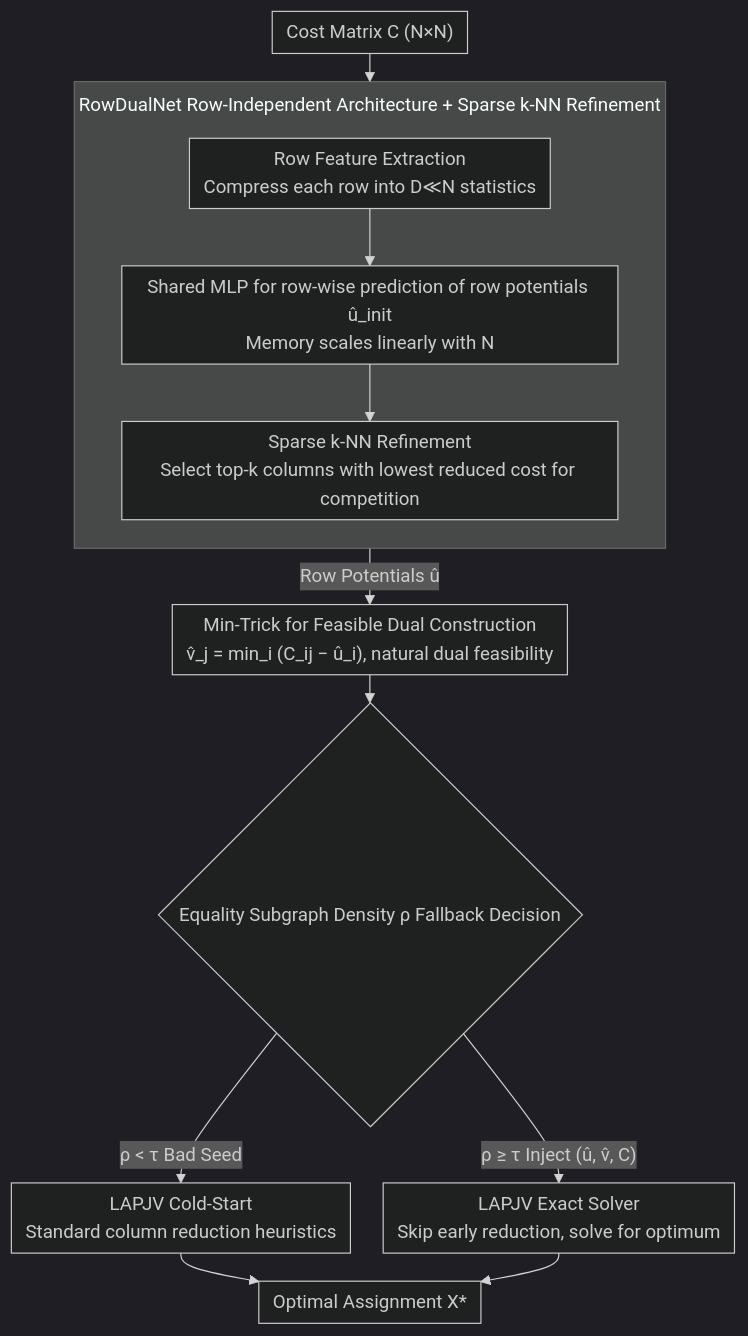
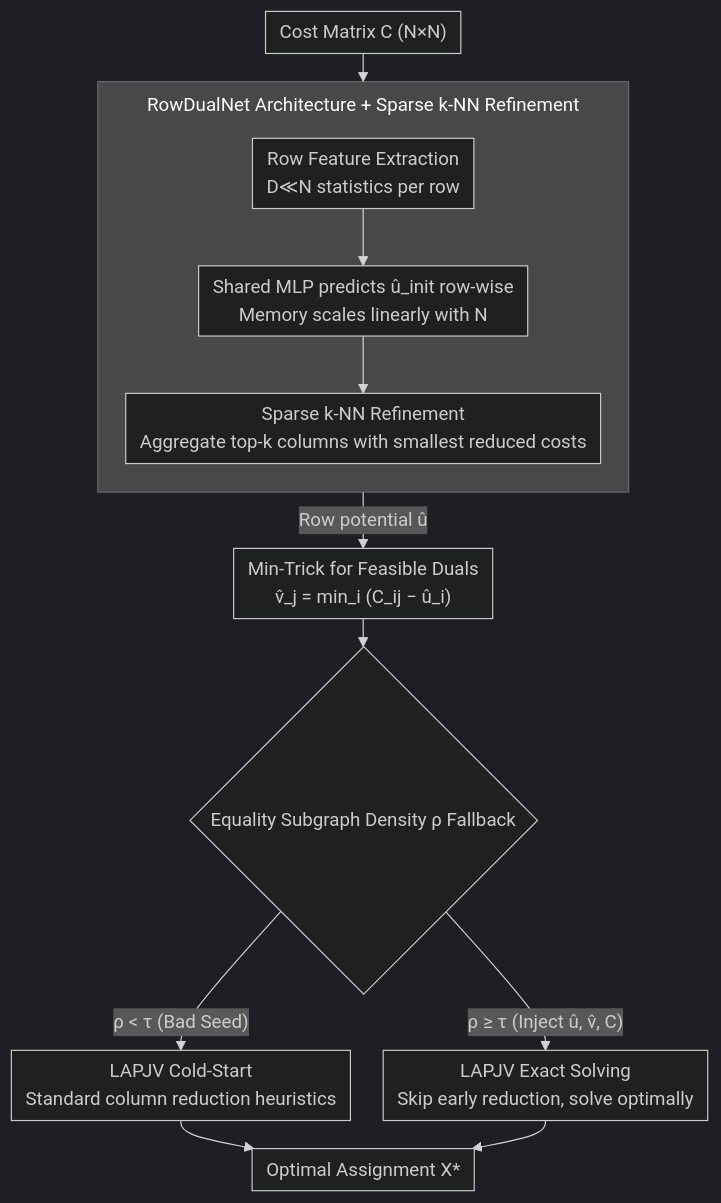
The diagram in docs/ICML2026/optimization/learning-augmented_scalable_linear_assignment_problem_optimization_via_neural_du.md (zhaoyang97/Paper-Notes-en), drawn with Mermaid (dark theme) before and after one commit. The commit also changed other lines of this file and 5084 other files, not shown here.

````diff
--- a/docs/ICML2026/optimization/learning-augmented_scalable_linear_assignment_problem_optimization_via_neural_du.md
+++ b/docs/ICML2026/optimization/learning-augmented_scalable_linear_assignment_problem_optimization_via_neural_du.md
@@ -43,16 +43,16 @@
 ```mermaid
 %%{init: {'flowchart': {'rankSpacing': 24, 'nodeSpacing': 28, 'padding': 6, 'wrappingWidth': 400, 'subGraphTitleMargin': {'top': 8, 'bottom': 16}}}}%%
 flowchart TD
     A["Cost Matrix C (N×N)"] --> S1
-    subgraph S1["RowDualNet Row-Independent Architecture + Sparse k-NN Refinement"]
+    subgraph S1["RowDualNet Architecture + Sparse k-NN Refinement"]
         direction TB
-        B["Row Feature Extraction<br/>Compress each row into D≪N statistics"] --> C["Shared MLP for row-wise prediction of row potentials û_init<br/>Memory scales linearly with N"]
-        C --> D["Sparse k-NN Refinement<br/>Select top-k columns with lowest reduced cost for competition"]
+        B["Row Feature Extraction<br/>D≪N statistics per row"] --> C["Shared MLP predicts û_init row-wise<br/>Memory scales linearly with N"]
+        C --> D["Sparse k-NN Refinement<br/>Aggregate top-k columns with smallest reduced costs"]
     end
-    S1 -->|"Row Potentials û"| E["Min-Trick for Feasible Dual Construction<br/>v̂_j = min_i (C_ij − û_i), natural dual feasibility"]
-    E --> F{"Equality Subgraph Density ρ Fallback Decision"}
-    F -->|"ρ < τ Bad Seed"| G["LAPJV Cold-Start<br/>Standard column reduction heuristics"]
-    F -->|"ρ ≥ τ Inject (û, v̂, C)"| H["LAPJV Exact Solver<br/>Skip early reduction, solve for optimum"]
+    S1 -->|"Row potential û"| E["Min-Trick for Feasible Duals<br/>v̂_j = min_i (C_ij − û_i)"]
+    E --> F{"Equality Subgraph Density ρ Fallback"}
+    F -->|"ρ < τ (Bad Seed)"| G["LAPJV Cold-Start<br/>Standard column reduction heuristics"]
+    F -->|"ρ ≥ τ (Inject û, v̂, C)"| H["LAPJV Exact Solving<br/>Skip early reduction, solve optimally"]
     G --> I["Optimal Assignment X*"]
     H --> I
 ```
````
